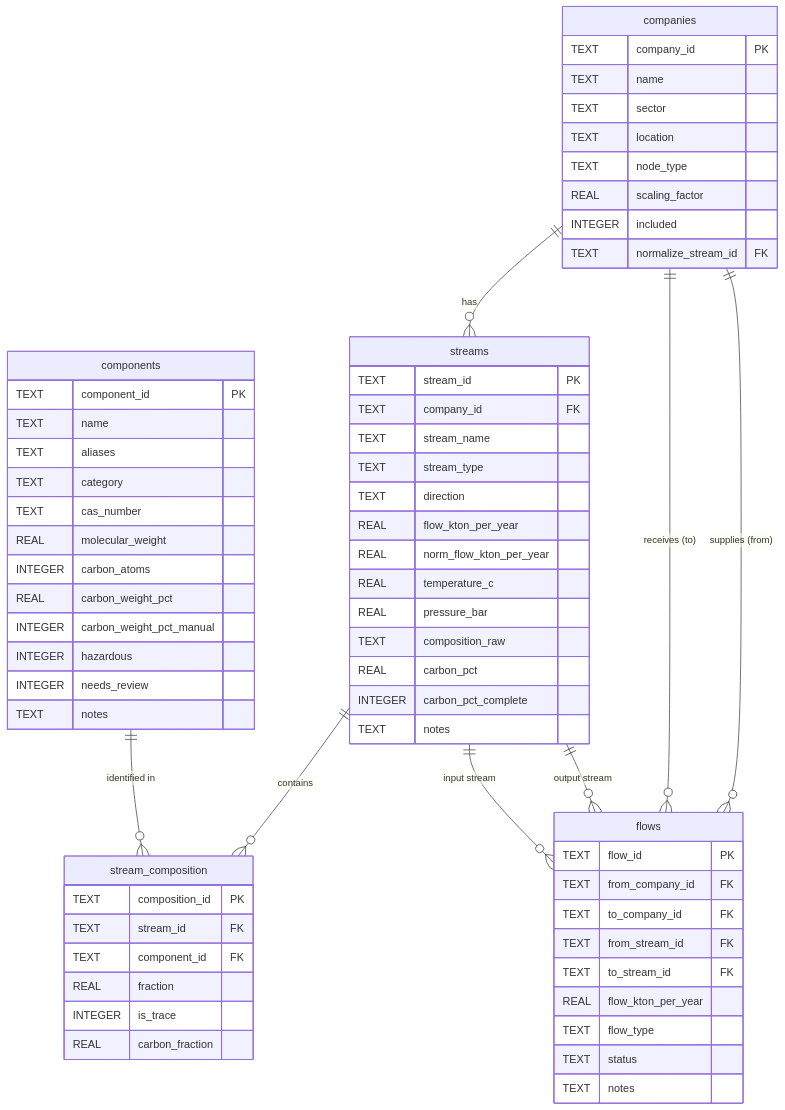
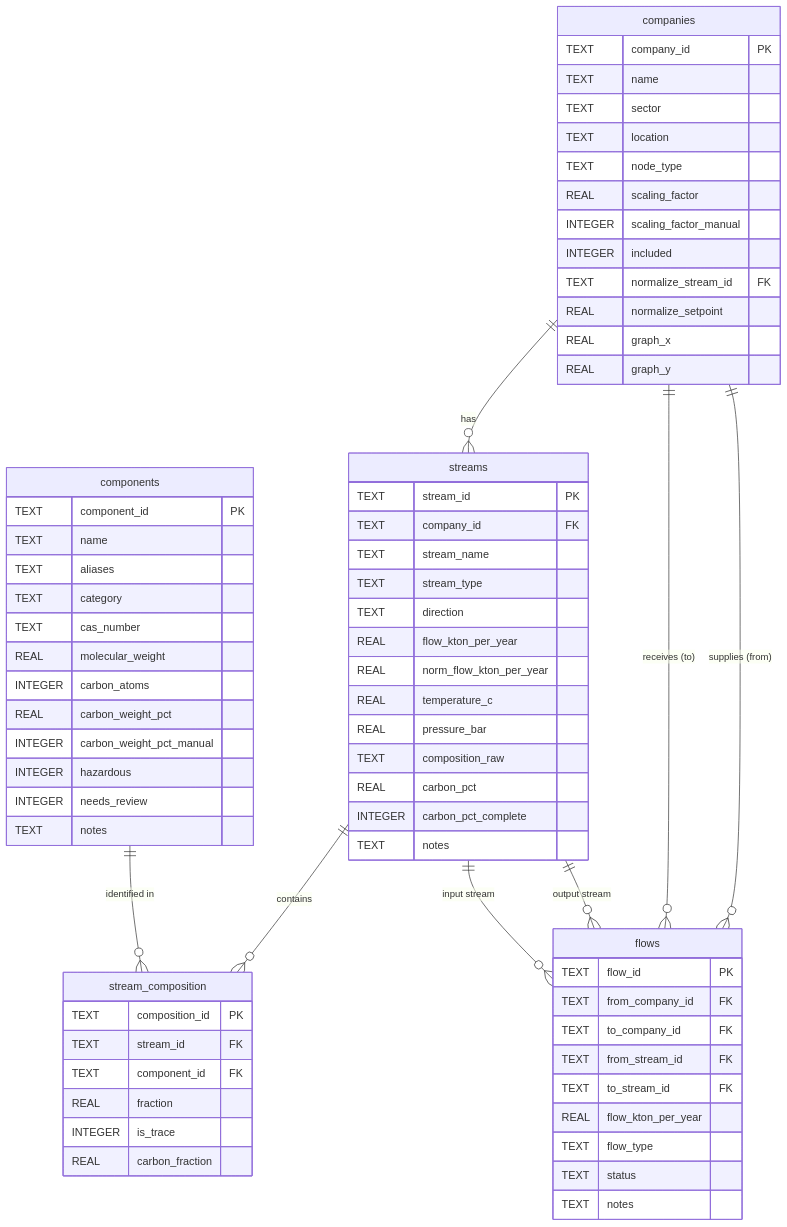
The diagram in docs/data_model.md (Rud-X/ieintr_cluster_mapper), drawn with Mermaid before and after one commit. The commit also changed other lines of this file and 87 other files, not shown here.

````diff
--- a/docs/data_model.md
+++ b/docs/data_model.md
@@ -9,73 +9,77 @@
 ```mermaid
 erDiagram
     companies {
         TEXT company_id PK
         TEXT name
         TEXT sector
         TEXT location
         TEXT node_type
         REAL scaling_factor
+        INTEGER scaling_factor_manual
         INTEGER included
         TEXT normalize_stream_id FK
+        REAL normalize_setpoint
+        REAL graph_x
+        REAL graph_y
     }
 
     streams {
         TEXT stream_id PK
         TEXT company_id FK
         TEXT stream_name
         TEXT stream_type
         TEXT direction
         REAL flow_kton_per_year
         REAL norm_flow_kton_per_year
         REAL temperature_c
         REAL pressure_bar
         TEXT composition_raw
         REAL carbon_pct
         INTEGER carbon_pct_complete
         TEXT notes
     }
 
     components {
         TEXT component_id PK
         TEXT name
         TEXT aliases
         TEXT category
         TEXT cas_number
         REAL molecular_weight
         INTEGER carbon_atoms
         REAL carbon_weight_pct
         INTEGER carbon_weight_pct_manual
         INTEGER hazardous
         INTEGER needs_review
         TEXT notes
     }
 
     stream_composition {
         TEXT composition_id PK
         TEXT stream_id FK
         TEXT component_id FK
         REAL fraction
         INTEGER is_trace
         REAL carbon_fraction
     }
 
     flows {
         TEXT flow_id PK
         TEXT from_company_id FK
         TEXT to_company_id FK
         TEXT from_stream_id FK
         TEXT to_stream_id FK
         REAL flow_kton_per_year
         TEXT flow_type
         TEXT status
         TEXT notes
     }
 
     companies ||--o{ streams : "has"
     streams ||--o{ stream_composition : "contains"
     components ||--o{ stream_composition : "identified in"
     companies ||--o{ flows : "supplies (from)"
     companies ||--o{ flows : "receives (to)"
     streams ||--o{ flows : "output stream"
     streams ||--o{ flows : "input stream"
 ```
````
